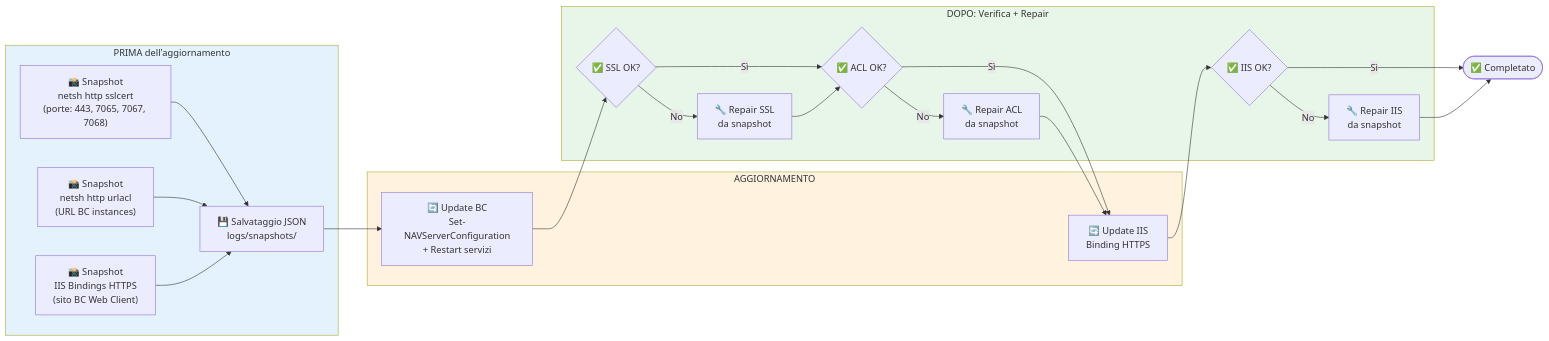
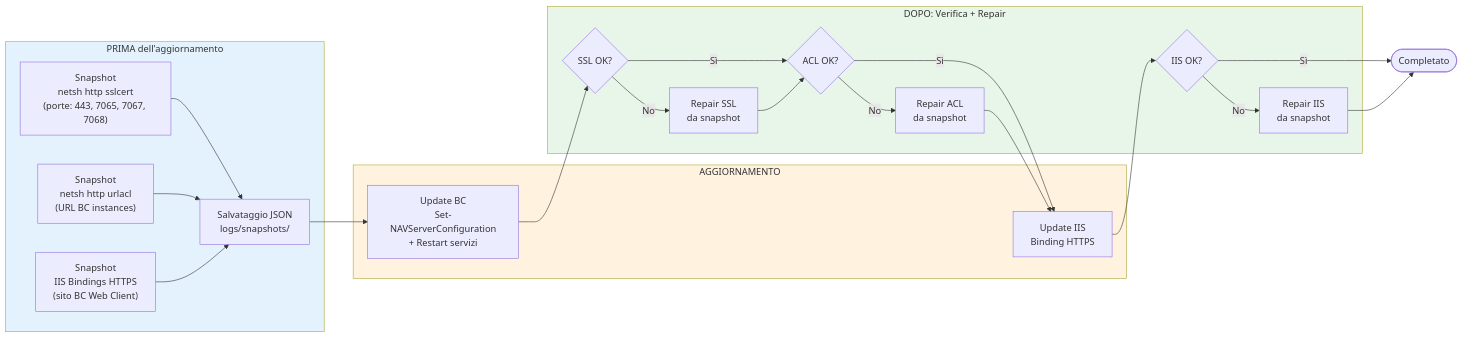
The second of 4 diagrams in docs/CERTAMENT-Diagrammi.md (P1TT0/CERTAMENT), drawn with Mermaid before and after one commit. The commit also changed other lines of this file, not shown here.

Commit message:
Remove emojis from docs diagrams for cleaner presentation

````diff
--- a/docs/CERTAMENT-Diagrammi.md
+++ b/docs/CERTAMENT-Diagrammi.md
@@ -114,43 +114,43 @@
 ```mermaid
 flowchart LR
     subgraph BEFORE["PRIMA dell'aggiornamento"]
-        SNAP_SSL["📸 Snapshot<br/>netsh http sslcert<br/>(porte: 443, 7065, 7067, 7068)"]
-        SNAP_ACL["📸 Snapshot<br/>netsh http urlacl<br/>(URL BC instances)"]
-        SNAP_IIS["📸 Snapshot<br/>IIS Bindings HTTPS<br/>(sito BC Web Client)"]
-        SNAP_DISK["💾 Salvataggio JSON<br/>logs/snapshots/"]
+        SNAP_SSL["Snapshot<br/>netsh http sslcert<br/>(porte: 443, 7065, 7067, 7068)"]
+        SNAP_ACL["Snapshot<br/>netsh http urlacl<br/>(URL BC instances)"]
+        SNAP_IIS["Snapshot<br/>IIS Bindings HTTPS<br/>(sito BC Web Client)"]
+        SNAP_DISK["Salvataggio JSON<br/>logs/snapshots/"]
     end
 
     subgraph UPDATE["AGGIORNAMENTO"]
-        BC_UPDATE["🔄 Update BC<br/>Set-NAVServerConfiguration<br/>+ Restart servizi"]
-        IIS_UPDATE["🔄 Update IIS<br/>Binding HTTPS"]
+        BC_UPDATE["Update BC<br/>Set-NAVServerConfiguration<br/>+ Restart servizi"]
+        IIS_UPDATE["Update IIS<br/>Binding HTTPS"]
     end
 
     subgraph AFTER["DOPO: Verifica + Repair"]
-        CHECK_SSL{"✅ SSL OK?"}
-        CHECK_ACL{"✅ ACL OK?"}
-        CHECK_IIS{"✅ IIS OK?"}
-        REPAIR_SSL["🔧 Repair SSL<br/>da snapshot"]
-        REPAIR_ACL["🔧 Repair ACL<br/>da snapshot"]
-        REPAIR_IIS["🔧 Repair IIS<br/>da snapshot"]
+        CHECK_SSL{"SSL OK?"}
+        CHECK_ACL{"ACL OK?"}
+        CHECK_IIS{"IIS OK?"}
+        REPAIR_SSL["Repair SSL<br/>da snapshot"]
+        REPAIR_ACL["Repair ACL<br/>da snapshot"]
+        REPAIR_IIS["Repair IIS<br/>da snapshot"]
     end
 
     SNAP_SSL --> SNAP_DISK
     SNAP_ACL --> SNAP_DISK
     SNAP_IIS --> SNAP_DISK
     SNAP_DISK --> BC_UPDATE
     BC_UPDATE --> CHECK_SSL
     CHECK_SSL -->|No| REPAIR_SSL
     CHECK_SSL -->|Sì| CHECK_ACL
     REPAIR_SSL --> CHECK_ACL
     CHECK_ACL -->|No| REPAIR_ACL
     CHECK_ACL -->|Sì| IIS_UPDATE
     REPAIR_ACL --> IIS_UPDATE
     IIS_UPDATE --> CHECK_IIS
     CHECK_IIS -->|No| REPAIR_IIS
-    CHECK_IIS -->|Sì| DONE([✅ Completato])
+    CHECK_IIS -->|Sì| DONE([Completato])
     REPAIR_IIS --> DONE
 
     style BEFORE fill:#E3F2FD
     style UPDATE fill:#FFF3E0
     style AFTER fill:#E8F5E9
 ```
````
